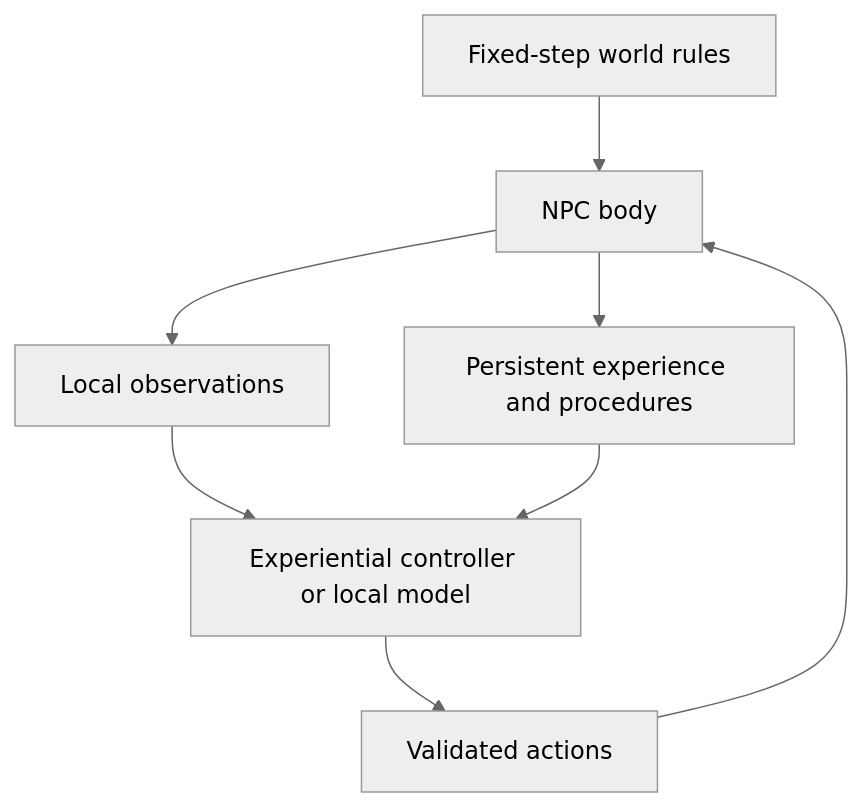
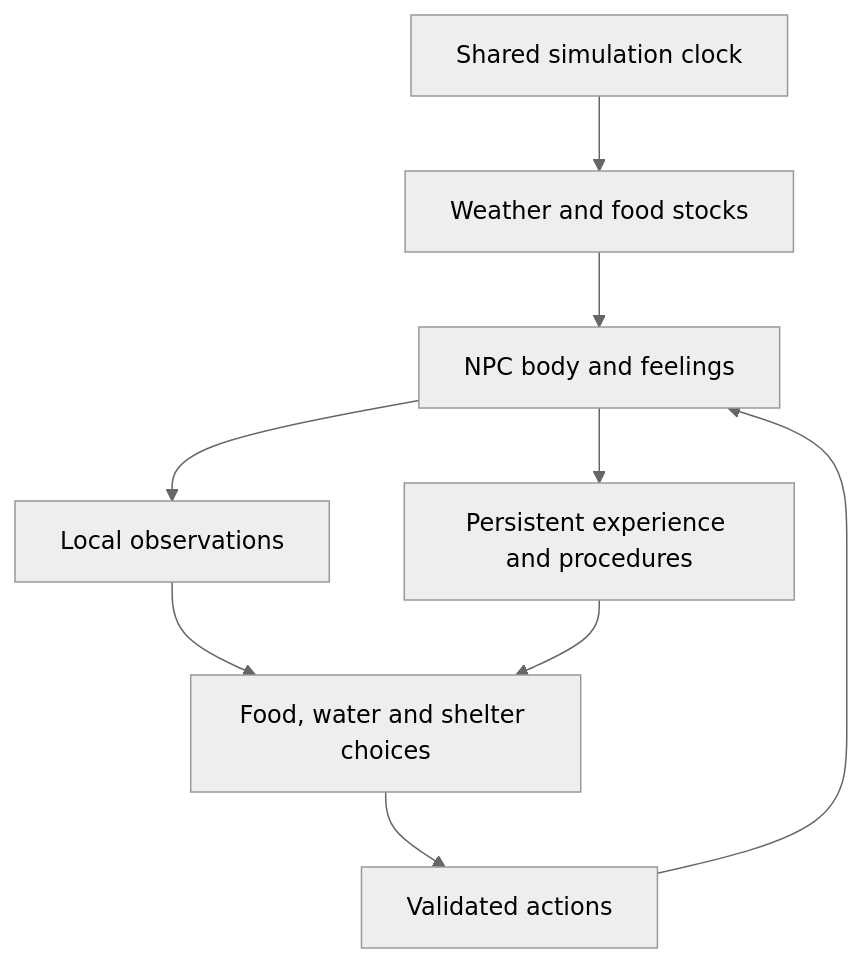
One commit to kumori-i/aincrad changed the diagram in docs/architecture.md. Above: the diagram before and after it, drawn with Mermaid (neutral theme). The commit also changed other lines of this file and 37 other files, not shown here.

````diff
--- a/docs/architecture.md
+++ b/docs/architecture.md
@@ -7,10 +7,11 @@
 ```mermaid
 flowchart TD
-    W["Fixed-step world rules"] --> B["NPC body"]
+    W["Shared simulation clock"] --> E["Weather and food stocks"]
+    E --> B["NPC body and feelings"]
     B --> O["Local observations"]
-    O --> C["Experiential controller or local model"]
+    O --> C["Food, water and shelter choices"]
     C --> A["Validated actions"]
     A --> B
     B --> M["Persistent experience and procedures"]
     M --> C
 ```
````
